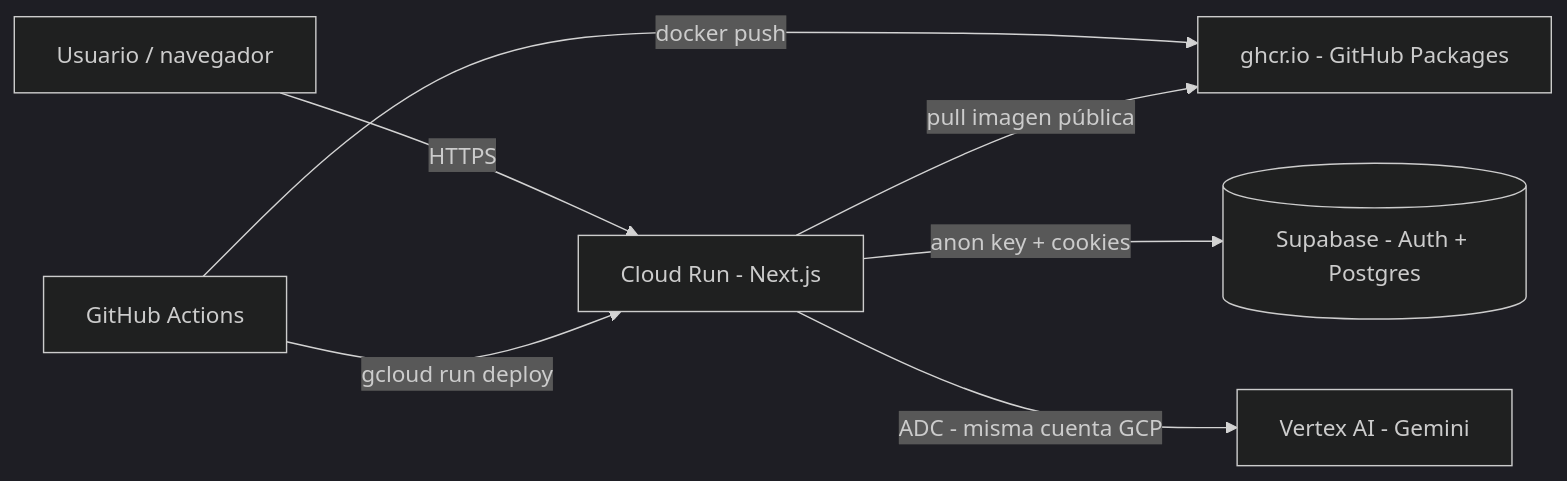
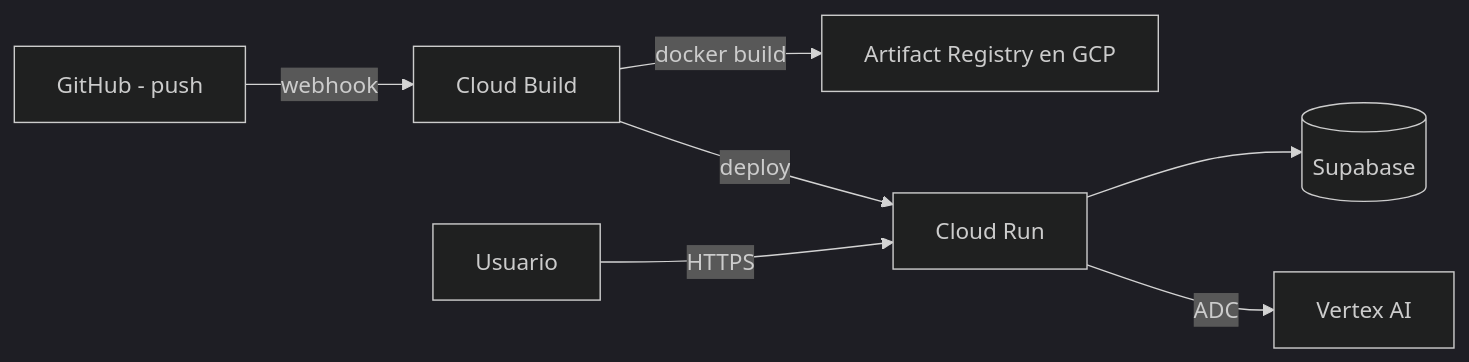
The diagram in saas/docs/GCP_SETUP.md (BenjaminAPR/F29), drawn with Mermaid (dark theme) before and after one commit. The commit also changed other lines of this file and 2 other files, not shown here.

First line of the commit message:
Remove duplicate GitHub Actions deploy (use Cloud Build); refresh GCP docs

````diff
--- a/saas/docs/GCP_SETUP.md
+++ b/saas/docs/GCP_SETUP.md
@@ -9,15 +9,16 @@
 ```mermaid
 flowchart LR
-  U[Usuario / navegador]
-  GH[GitHub Actions]
-  GHCR[ghcr.io - GitHub Packages]
-  CR[Cloud Run - Next.js]
-  SB[(Supabase - Auth + Postgres)]
-  VX[Vertex AI - Gemini]
+  U[Usuario]
+  GH[GitHub - push]
+  CB[Cloud Build]
+  AR[Artifact Registry en GCP]
+  CR[Cloud Run]
+  SB[(Supabase)]
+  VX[Vertex AI]
   U -->|HTTPS| CR
-  GH -->|docker push| GHCR
-  GH -->|gcloud run deploy| CR
-  CR -->|pull imagen pública| GHCR
-  CR -->|anon key + cookies| SB
-  CR -->|ADC - misma cuenta GCP| VX
+  GH -->|webhook| CB
+  CB -->|docker build| AR
+  CB -->|deploy| CR
+  CR --> SB
+  CR -->|ADC| VX
 ```
````
